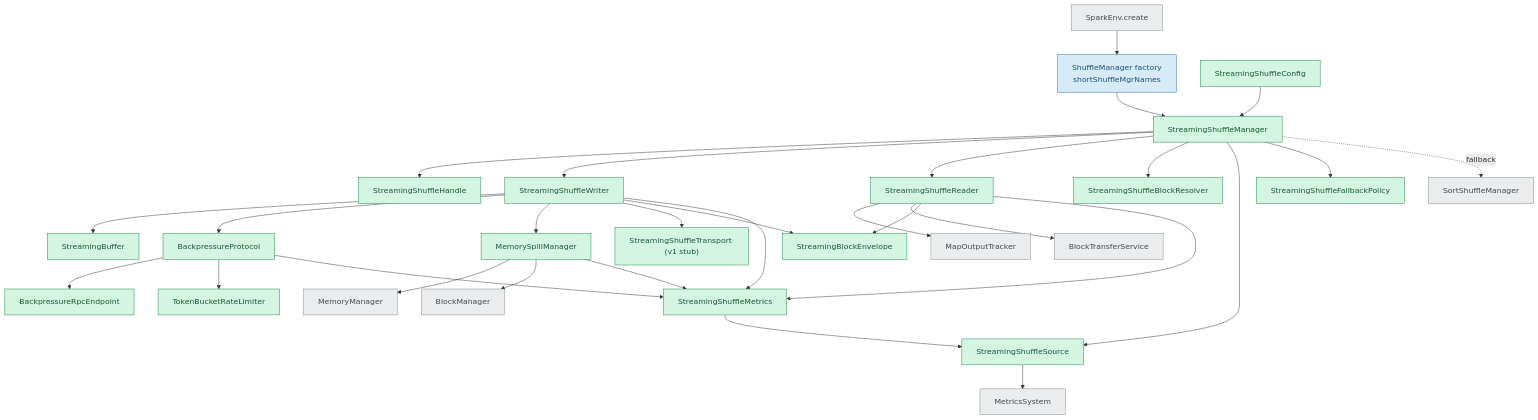
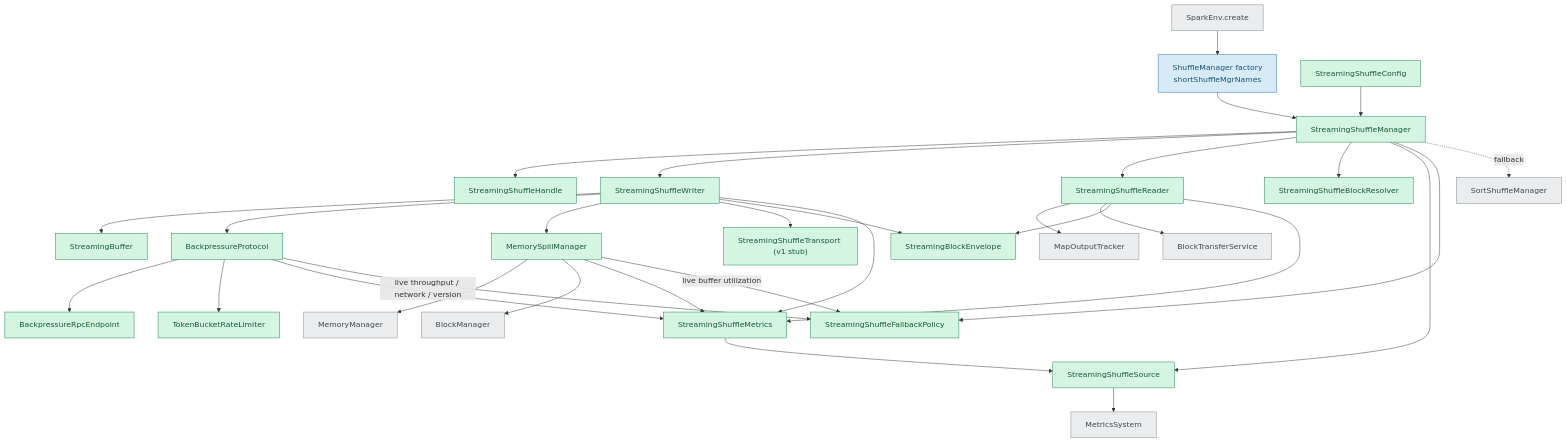
One commit to Blitzy-Sandbox/blitzy-spark changed the second of 3 diagrams in blitzy-docs/streaming-shuffle/architecture.md. Above: the diagram before and after it, drawn with Mermaid. The commit also changed other lines of this file and 17 other files, not shown here.

````diff
--- a/blitzy-docs/streaming-shuffle/architecture.md
+++ b/blitzy-docs/streaming-shuffle/architecture.md
@@ -46,34 +46,36 @@
 ```mermaid
 flowchart TB
     SE["SparkEnv.create"]:::ref --> SM["ShuffleManager factory<br/>shortShuffleMgrNames"]:::modify
     SM --> MGR["StreamingShuffleManager"]:::create
     MGR --> H["StreamingShuffleHandle"]:::create
     MGR --> W["StreamingShuffleWriter"]:::create
     MGR --> R["StreamingShuffleReader"]:::create
     MGR --> BR["StreamingShuffleBlockResolver"]:::create
     MGR --> SRC["StreamingShuffleSource"]:::create
     MGR --> FB["StreamingShuffleFallbackPolicy"]:::create
     MGR -.->|"fallback"| SORT["SortShuffleManager"]:::ref
     CFG["StreamingShuffleConfig"]:::create --> MGR
     W --> BUF["StreamingBuffer"]:::create
     W --> BP["BackpressureProtocol"]:::create
     W --> SPILL["MemorySpillManager"]:::create
     W --> TX["StreamingShuffleTransport (v1 stub)"]:::create
     W --> ENV["StreamingBlockEnvelope"]:::create
     BP --> RPC["BackpressureRpcEndpoint"]:::create
     BP --> RL["TokenBucketRateLimiter"]:::create
     SPILL --> MM["MemoryManager"]:::ref
     SPILL --> BM["BlockManager"]:::ref
     R --> MOT["MapOutputTracker"]:::ref
     R --> BTS["BlockTransferService"]:::ref
     R --> ENV
     MET["StreamingShuffleMetrics"]:::create --> SRC
     W --> MET
     R --> MET
     BP --> MET
     SPILL --> MET
+    BP -->|"live throughput / network / version"| FB
+    SPILL -->|"live buffer utilization"| FB
     SRC --> MS["MetricsSystem"]:::ref
     classDef create fill:#d5f5e3,stroke:#1e8449,color:#145a32
     classDef modify fill:#d6eaf8,stroke:#2471a3,color:#1a5276
     classDef ref fill:#eaecee,stroke:#7f8c8d,color:#424949
 ```
````
